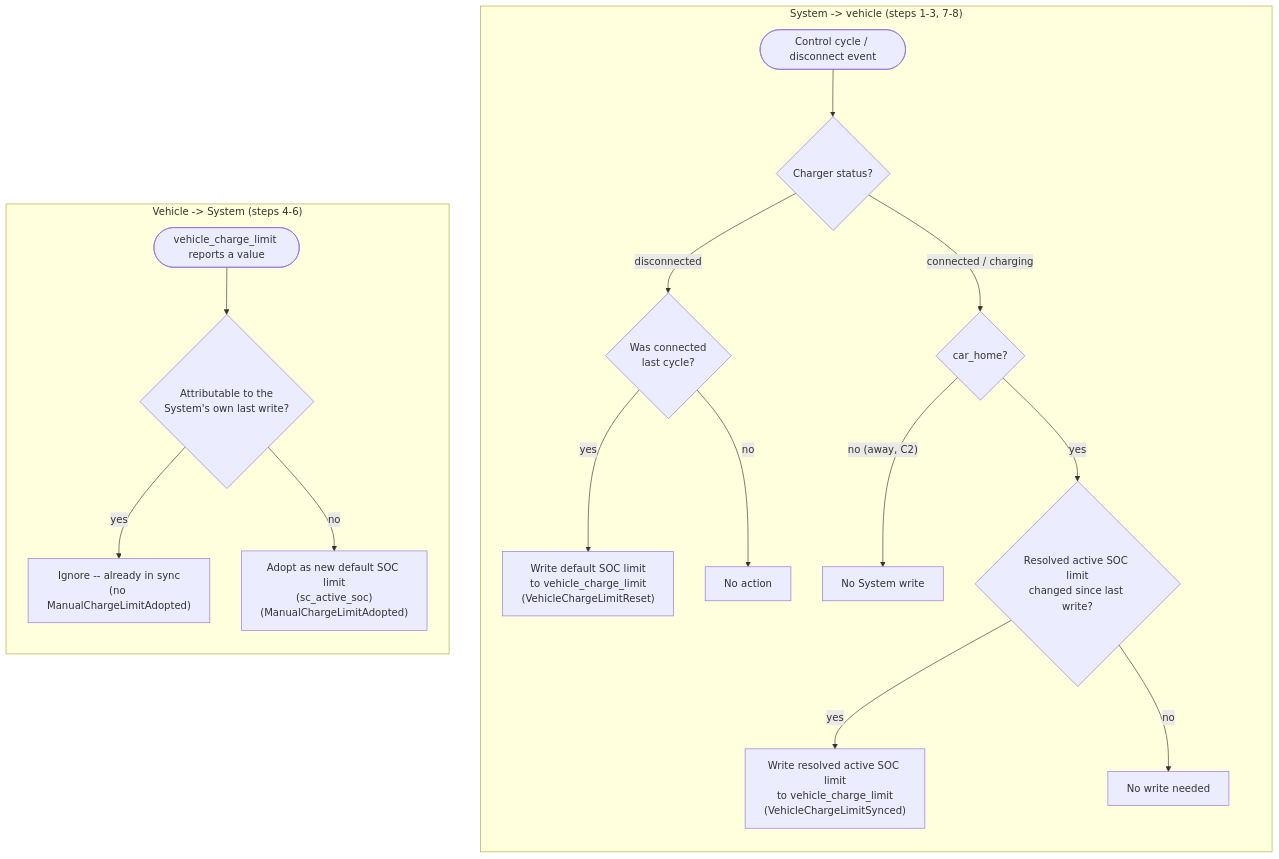
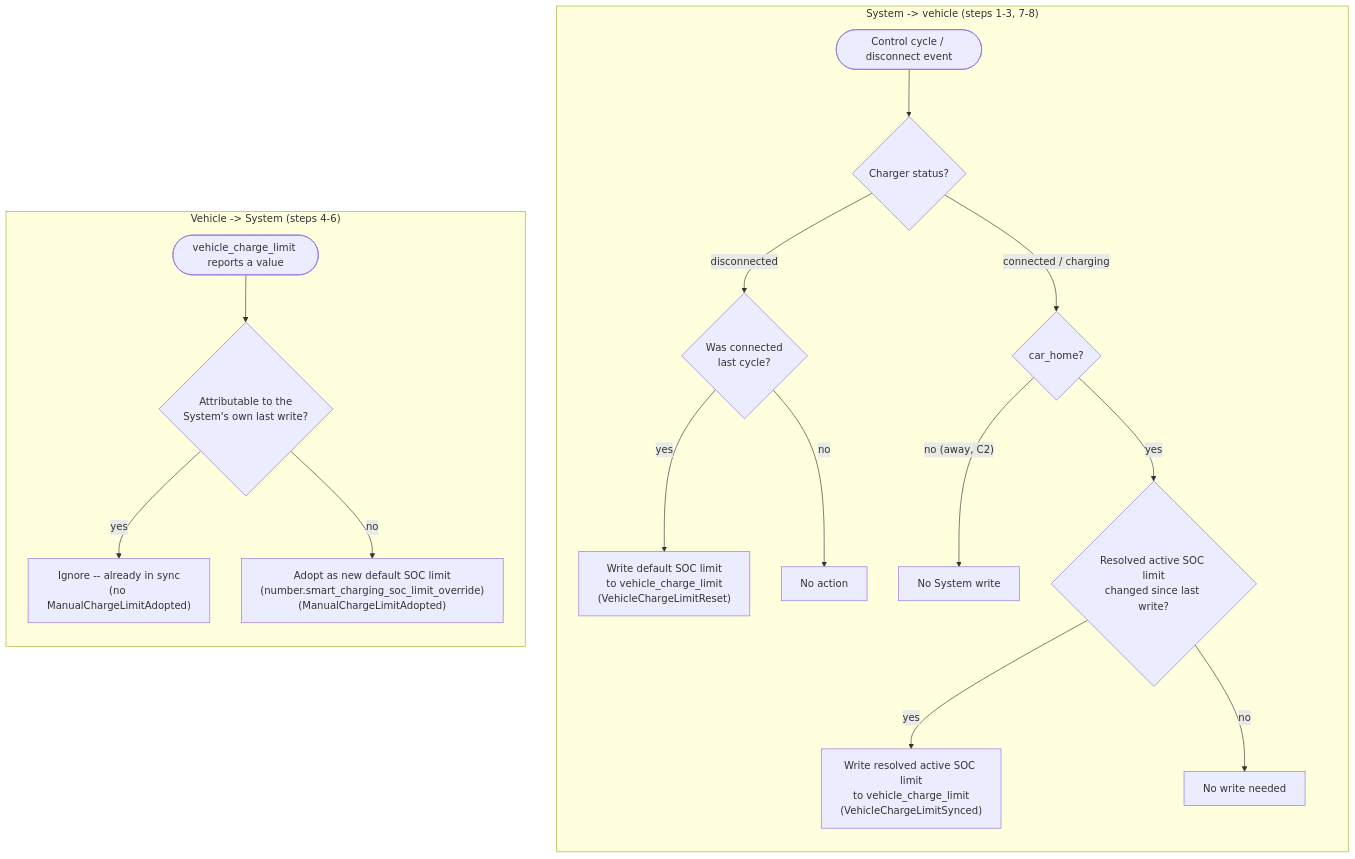
One commit to kristofdegrave/homeassistant-smart-charging changed the diagram in docs/analysis/use-cases/UC09-sync-charge-limit-with-car.md. Above: the diagram before and after it, drawn with Mermaid. The commit also changed other lines of this file and 6 other files, not shown here.

````diff
--- a/docs/analysis/use-cases/UC09-sync-charge-limit-with-car.md
+++ b/docs/analysis/use-cases/UC09-sync-charge-limit-with-car.md
@@ -84,22 +84,22 @@
 ```mermaid
 flowchart TD
     subgraph SystemToVehicle["System -> vehicle (steps 1-3, 7-8)"]
         direction TB
         CycleTick(["Control cycle / disconnect event"]) --> StatusCheck{"Charger status?"}
         StatusCheck -->|"disconnected"| WasConnected{"Was connected<br/>last cycle?"}
         WasConnected -->|"yes"| WriteDefault["Write default SOC limit<br/>to vehicle_charge_limit<br/>(VehicleChargeLimitReset)"]
         WasConnected -->|"no"| NoOp1["No action"]
         StatusCheck -->|"connected / charging"| HomeCheck{"car_home?"}
         HomeCheck -->|"no (away, C2)"| NoWrite["No System write"]
         HomeCheck -->|"yes"| ChangedCheck{"Resolved active SOC limit<br/>changed since last write?"}
         ChangedCheck -->|"yes"| WriteResolved["Write resolved active SOC limit<br/>to vehicle_charge_limit<br/>(VehicleChargeLimitSynced)"]
         ChangedCheck -->|"no"| NoOp2["No write needed"]
     end
 
     subgraph VehicleToSystem["Vehicle -> System (steps 4-6)"]
         direction TB
         VehicleReport(["vehicle_charge_limit reports a value"]) --> Attributable{"Attributable to the<br/>System's own last write?"}
         Attributable -->|"yes"| Ignore["Ignore -- already in sync<br/>(no ManualChargeLimitAdopted)"]
-        Attributable -->|"no"| Adopt["Adopt as new default SOC limit<br/>(sc_active_soc)<br/>(ManualChargeLimitAdopted)"]
+        Attributable -->|"no"| Adopt["Adopt as new default SOC limit<br/>(number.smart_charging_soc_limit_override)<br/>(ManualChargeLimitAdopted)"]
     end
 ```
````
